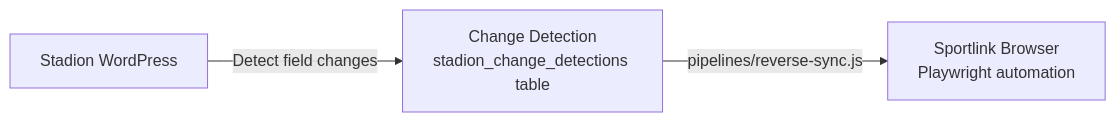
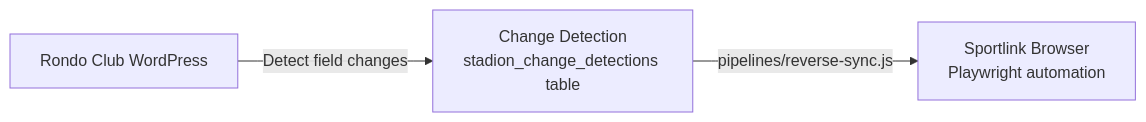
The eighth of 8 diagrams in docs/sync-architecture.md (jdevalk/sportlink-sync), drawn with Mermaid before and after one commit. The commit also changed other lines of this file and 14 other files, not shown here.

````diff
--- a/docs/sync-architecture.md
+++ b/docs/sync-architecture.md
@@ -475,9 +475,9 @@
 ```mermaid
 graph LR
-    ST[Stadion WordPress]
+    ST[Rondo Club WordPress]
     DET[Change Detection<br>stadion_change_detections table]
     SL[Sportlink Browser<br>Playwright automation]
 
     ST -->|Detect field changes| DET
     DET -->|pipelines/reverse-sync.js| SL
 ```
````
